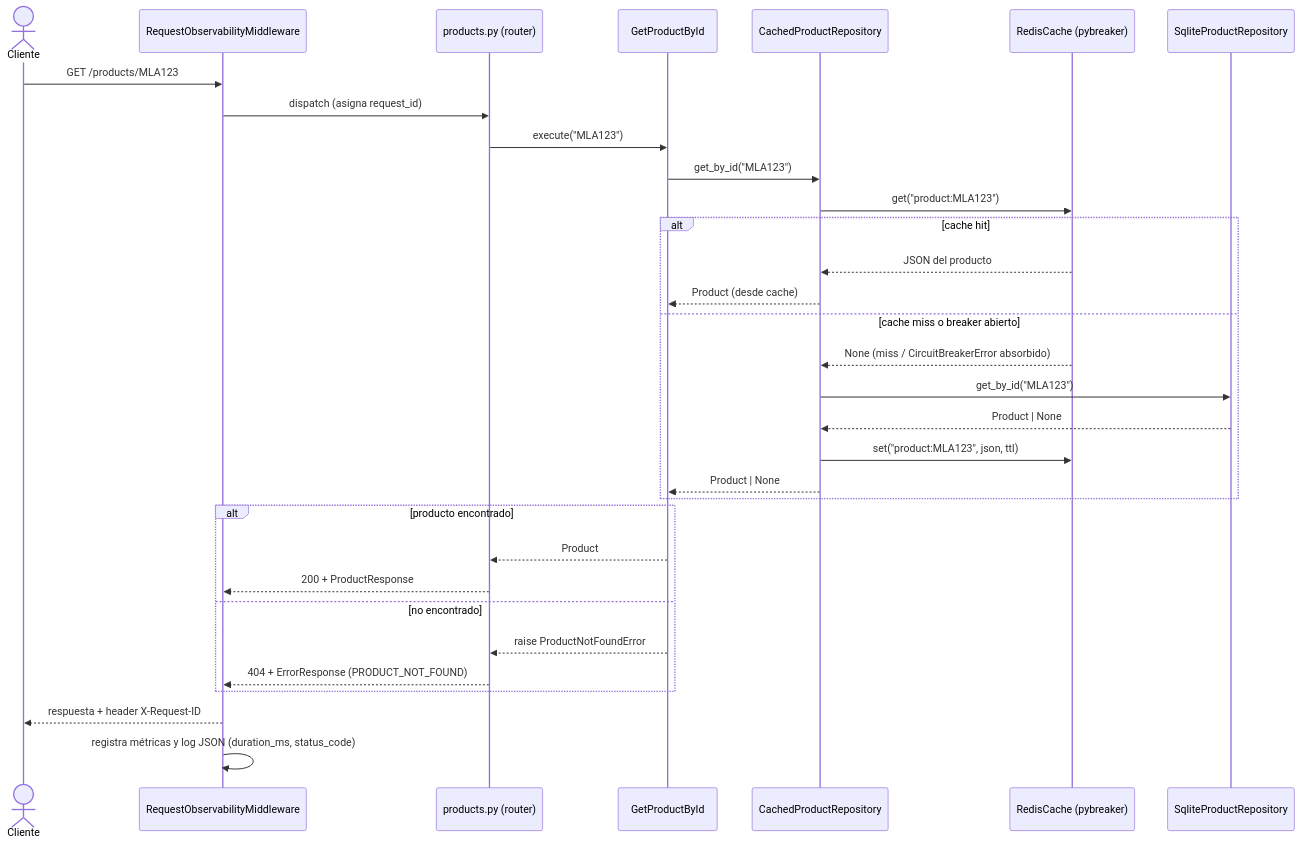
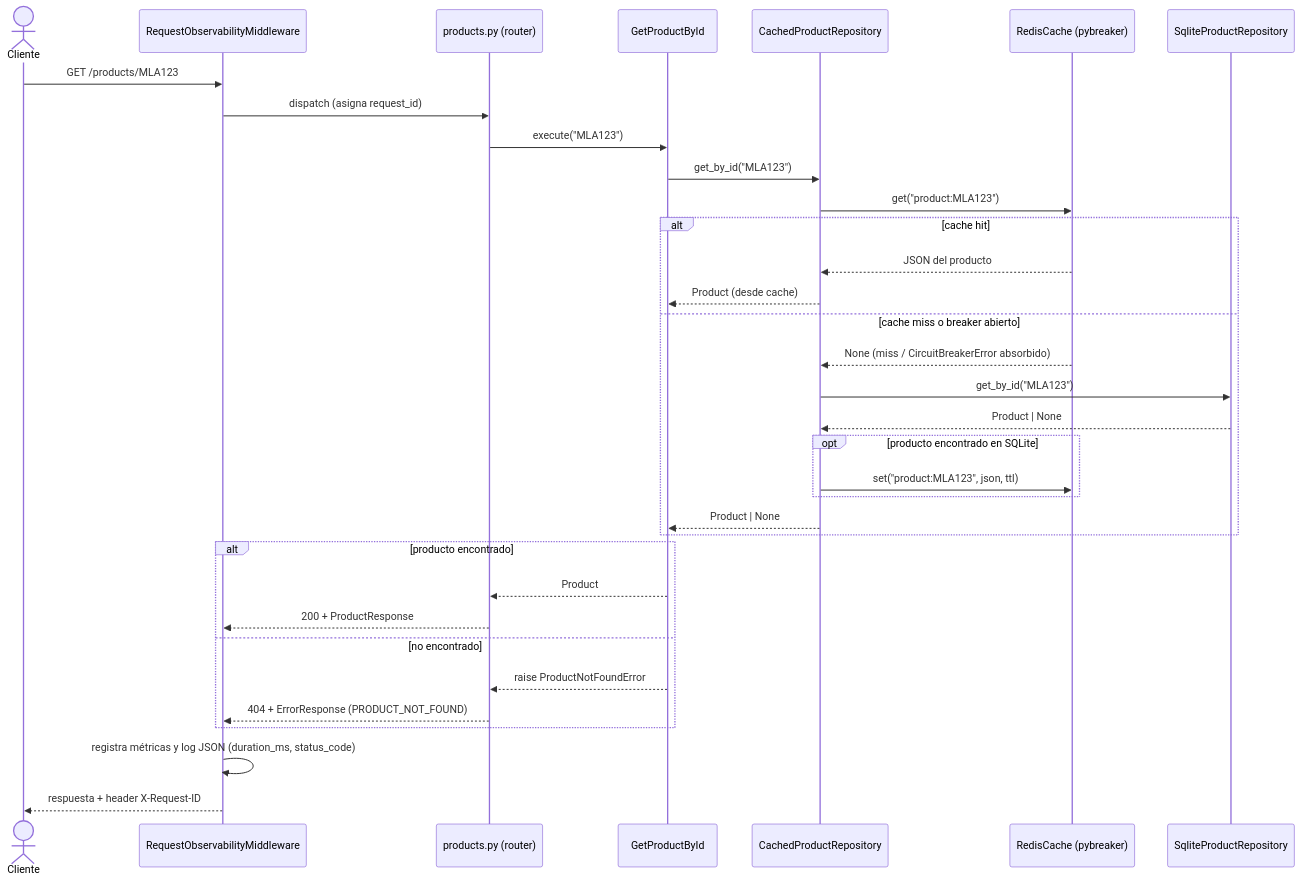
The second of 3 diagrams in docs/architecture.md (Joaquin1128/meli-data-governance-challenge), drawn with Mermaid before and after one commit. The commit also changed other lines of this file and 1 other file, not shown here.

````diff
--- a/docs/architecture.md
+++ b/docs/architecture.md
@@ -338,38 +362,40 @@
 ```mermaid
 sequenceDiagram
     actor C as Cliente
     participant MW as RequestObservabilityMiddleware
     participant R as products.py (router)
     participant UC as GetProductById
     participant Cache as CachedProductRepository
     participant Redis as RedisCache (pybreaker)
     participant DB as SqliteProductRepository
 
     C->>MW: GET /products/MLA123
     MW->>R: dispatch (asigna request_id)
     R->>UC: execute("MLA123")
     UC->>Cache: get_by_id("MLA123")
     Cache->>Redis: get("product:MLA123")
 
     alt cache hit
         Redis-->>Cache: JSON del producto
         Cache-->>UC: Product (desde cache)
     else cache miss o breaker abierto
         Redis-->>Cache: None (miss / CircuitBreakerError absorbido)
         Cache->>DB: get_by_id("MLA123")
         DB-->>Cache: Product | None
-        Cache->>Redis: set("product:MLA123", json, ttl)
+        opt producto encontrado en SQLite
+            Cache->>Redis: set("product:MLA123", json, ttl)
+        end
         Cache-->>UC: Product | None
     end
 
     alt producto encontrado
         UC-->>R: Product
         R-->>MW: 200 + ProductResponse
     else no encontrado
         UC-->>R: raise ProductNotFoundError
         R-->>MW: 404 + ErrorResponse (PRODUCT_NOT_FOUND)
     end
 
+    MW->>MW: registra métricas y log JSON (duration_ms, status_code)
     MW-->>C: respuesta + header X-Request-ID
-    MW->>MW: registra métricas y log JSON (duration_ms, status_code)
 ```
````
